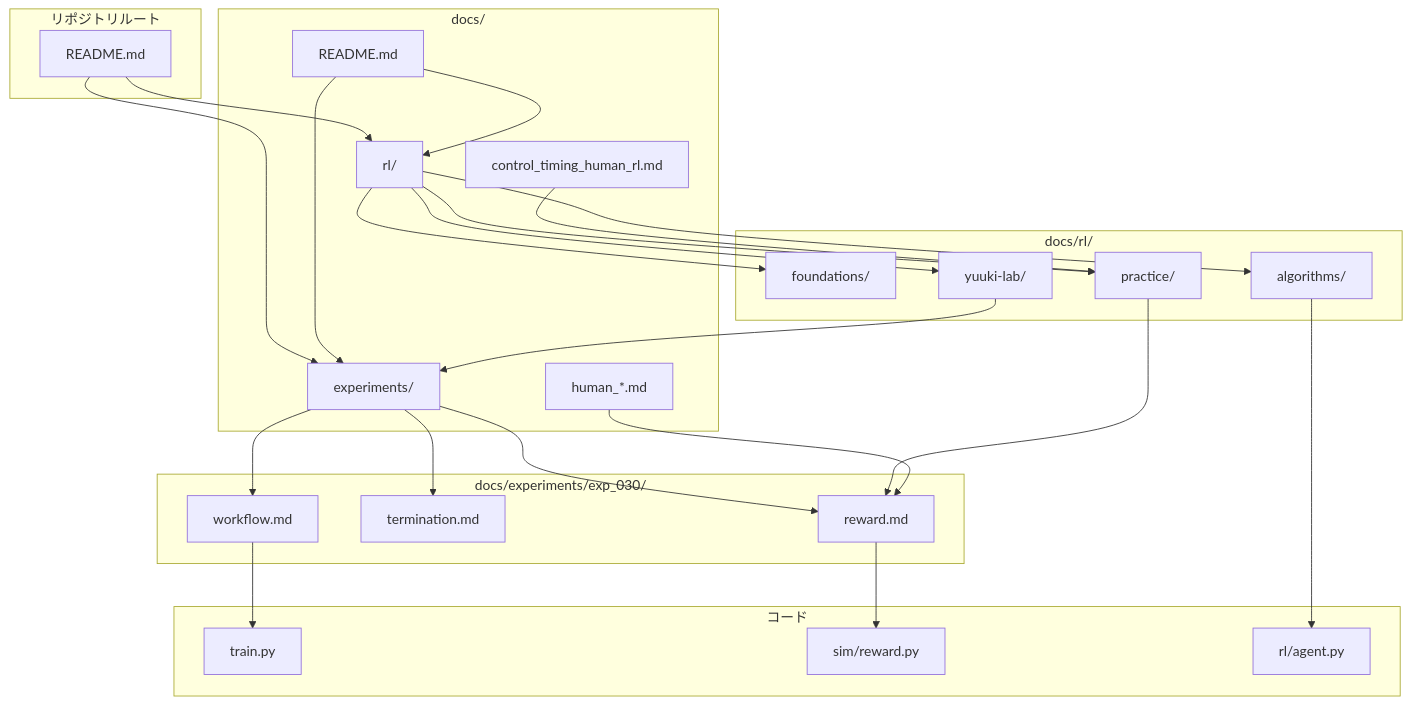
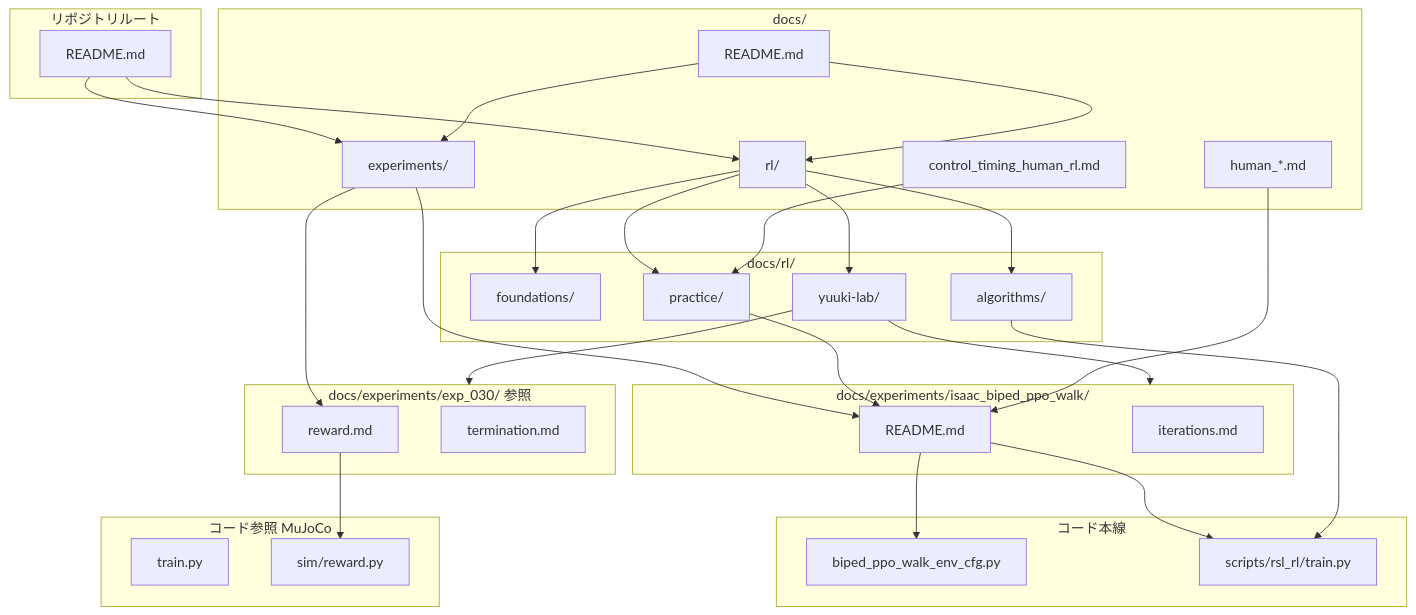
Before and after one commit to yuuki1645/yuuki-lab: the diagram in docs/rl/yuuki-lab/docs-map.md, drawn with Mermaid. The commit also changed other lines of this file and 24 other files, not shown here.

````diff
--- a/docs/rl/yuuki-lab/docs-map.md
+++ b/docs/rl/yuuki-lab/docs-map.md
@@ -5,52 +5,61 @@
 ```mermaid
 flowchart TB
   subgraph root [リポジトリルート]
     TOP[README.md]
   end
 
   subgraph docs [docs/]
     DOCS_README[README.md]
     RL[rl/]
     EXP[experiments/]
     HUMAN[human_*.md]
     TIMING[control_timing_human_rl.md]
   end
 
   subgraph rl_detail [docs/rl/]
     FOUND[foundations/]
     ALGO[algorithms/]
     PRAC[practice/]
     YL[yuuki-lab/]
   end
 
-  subgraph exp030 [docs/experiments/exp_030/]
+  subgraph isaac_exp [docs/experiments/isaac_biped_ppo_walk/]
+    ISAAC_R[README.md]
+    ISAAC_I[iterations.md]
+  end
+
+  subgraph exp030 [docs/experiments/exp_030/ 参照]
     E30R[reward.md]
     E30T[termination.md]
-    E30W[workflow.md]
   end
 
-  subgraph code [コード]
+  subgraph code_main [コード本線]
+    ISAAC_CFG[biped_ppo_walk_env_cfg.py]
+    ISAAC_TRAIN[scripts/rsl_rl/train.py]
+  end
+
+  subgraph code_ref [コード参照 MuJoCo]
     TRAIN[train.py]
     REWARD[sim/reward.py]
-    AGENT[rl/agent.py]
   end
 
   TOP --> RL
   TOP --> EXP
   DOCS_README --> RL
   DOCS_README --> EXP
   RL --> FOUND
   RL --> ALGO
   RL --> PRAC
   RL --> YL
-  YL --> EXP
+  YL --> isaac_exp
+  YL --> exp030
+  EXP --> ISAAC_R
   EXP --> E30R
-  EXP --> E30T
-  EXP --> E30W
+  ISAAC_R --> ISAAC_CFG
+  ISAAC_R --> ISAAC_TRAIN
   E30R --> REWARD
-  E30W --> TRAIN
-  ALGO --> AGENT
-  PRAC --> E30R
-  HUMAN --> E30R
+  ALGO --> ISAAC_TRAIN
+  PRAC --> ISAAC_R
+  HUMAN --> ISAAC_R
   TIMING --> PRAC
 ```
````
